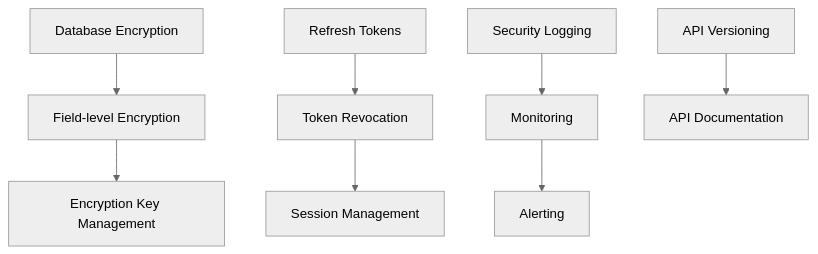
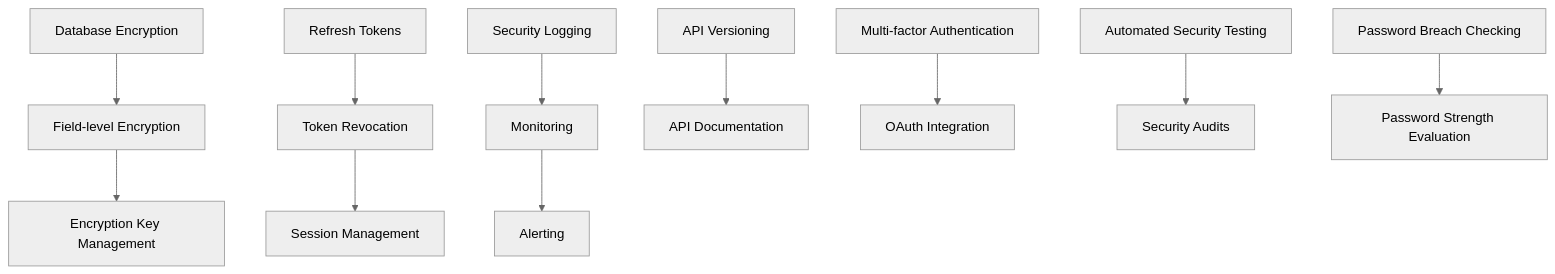
One commit to danbiocchi/oxidizedoasis-websands changed the fifth of 7 diagrams in docs/Security_Backlog.md. Above: the diagram before and after it, drawn with Mermaid (neutral theme). The commit also changed other lines of this file and 30 other files, not shown here.

````diff
--- a/docs/Security_Backlog.md
+++ b/docs/Security_Backlog.md
@@ -198,10 +254,13 @@
 ```mermaid
 graph TD
     A[Database Encryption] --> B[Field-level Encryption]
     B --> C[Encryption Key Management]
     D[Refresh Tokens] --> E[Token Revocation]
     E --> F[Session Management]
     G[Security Logging] --> H[Monitoring]
     H --> I[Alerting]
     J[API Versioning] --> K[API Documentation]
+    L[Multi-factor Authentication] --> M[OAuth Integration]
+    N[Automated Security Testing] --> O[Security Audits]
+    P[Password Breach Checking] --> Q[Password Strength Evaluation]
 ```
````
